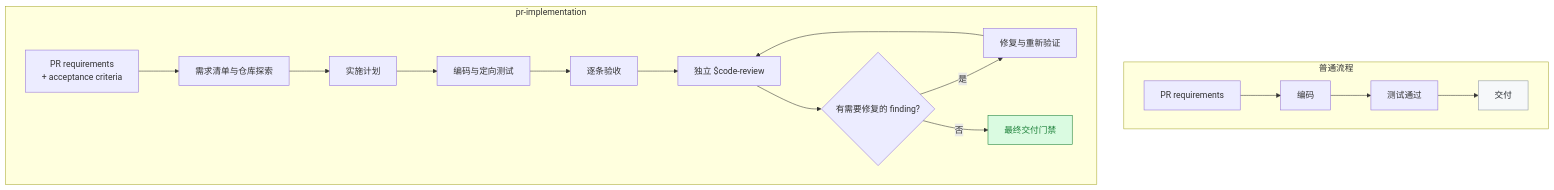
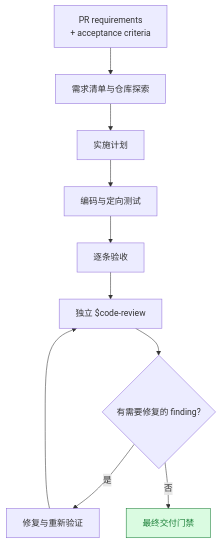
Before and after one commit to li-hongxu/pr-implementation: the second of 2 diagrams in README.md, drawn with Mermaid. The commit also changed other lines of this file, not shown here.

Commit message:
Split workflow diagrams for readability

````diff
--- a/README.md
+++ b/README.md
@@ -12,23 +25,14 @@
 ```mermaid
 flowchart TB
-    subgraph 普通流程
-        A[PR requirements] --> B[编码]
-        B --> C[测试通过]
-        C --> D[交付]
-    end
+    A[PR requirements<br/>+ acceptance criteria] --> B[需求清单与仓库探索]
+    B --> C[实施计划]
+    C --> D[编码与定向测试]
+    D --> E[逐条验收]
+    E --> F[独立 $code-review]
+    F --> G{有需要修复的 finding?}
+    G -- 是 --> H[修复与重新验证]
+    H --> F
+    G -- 否 --> I[最终交付门禁]
 
-    subgraph pr-implementation
-        E[PR requirements<br/>+ acceptance criteria] --> F[需求清单与仓库探索]
-        F --> G[实施计划]
-        G --> H[编码与定向测试]
-        H --> I[逐条验收]
-        I --> J[独立 $code-review]
-        J --> K{有需要修复的 finding?}
-        K -- 是 --> L[修复与重新验证]
-        L --> J
-        K -- 否 --> M[最终交付门禁]
-    end
-
-    style D fill:#f6f8fa,stroke:#8c959f,color:#24292f
-    style M fill:#dafbe1,stroke:#1a7f37,color:#1a7f37
+    style I fill:#dafbe1,stroke:#1a7f37,color:#1a7f37
 ```
````
